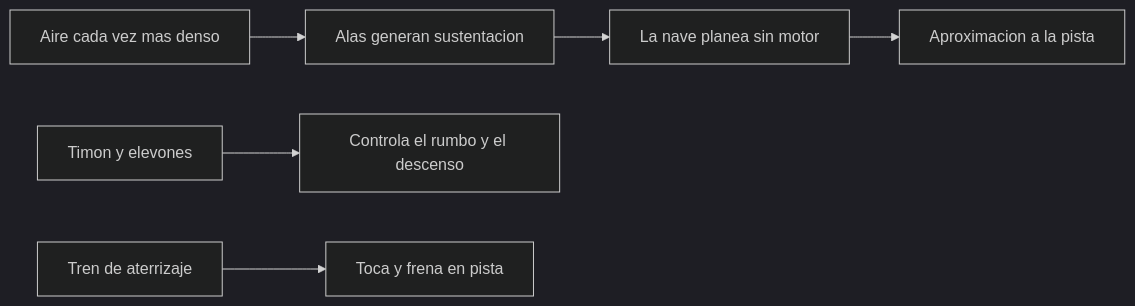
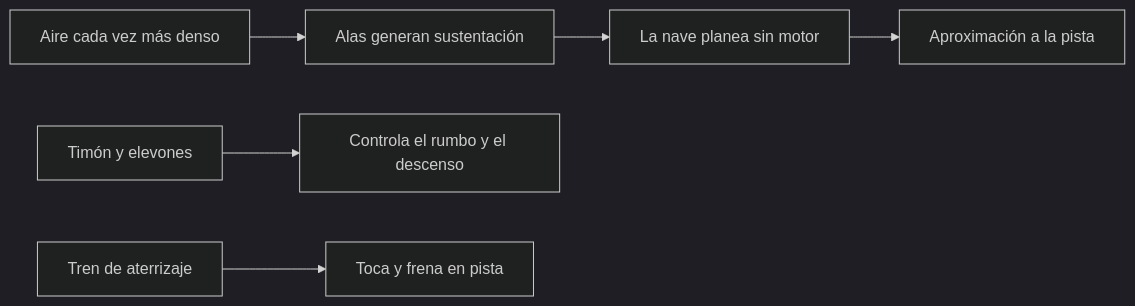
Before and after one commit to vladimiracunadev-create/machine-operator-program: the third of 3 diagrams in vehiculos/transbordadores/operacion/sistemas-mecanicos-transbordador.md, drawn with Mermaid (dark theme). The commit also changed other lines of this file and 442 other files, not shown here.

````diff
--- a/vehiculos/transbordadores/operacion/sistemas-mecanicos-transbordador.md
+++ b/vehiculos/transbordadores/operacion/sistemas-mecanicos-transbordador.md
@@ -86,8 +86,8 @@
 ```mermaid
 flowchart LR
-    Aire[Aire cada vez mas denso] --> Alas[Alas generan sustentacion]
+    Aire[Aire cada vez más denso] --> Alas[Alas generan sustentación]
     Alas --> Planea[La nave planea sin motor]
-    Timon[Timon y elevones] --> Controla[Controla el rumbo y el descenso]
-    Planea --> Pista[Aproximacion a la pista]
+    Timon[Timón y elevones] --> Controla[Controla el rumbo y el descenso]
+    Planea --> Pista[Aproximación a la pista]
     Tren[Tren de aterrizaje] --> Toca[Toca y frena en pista]
 ```
````
